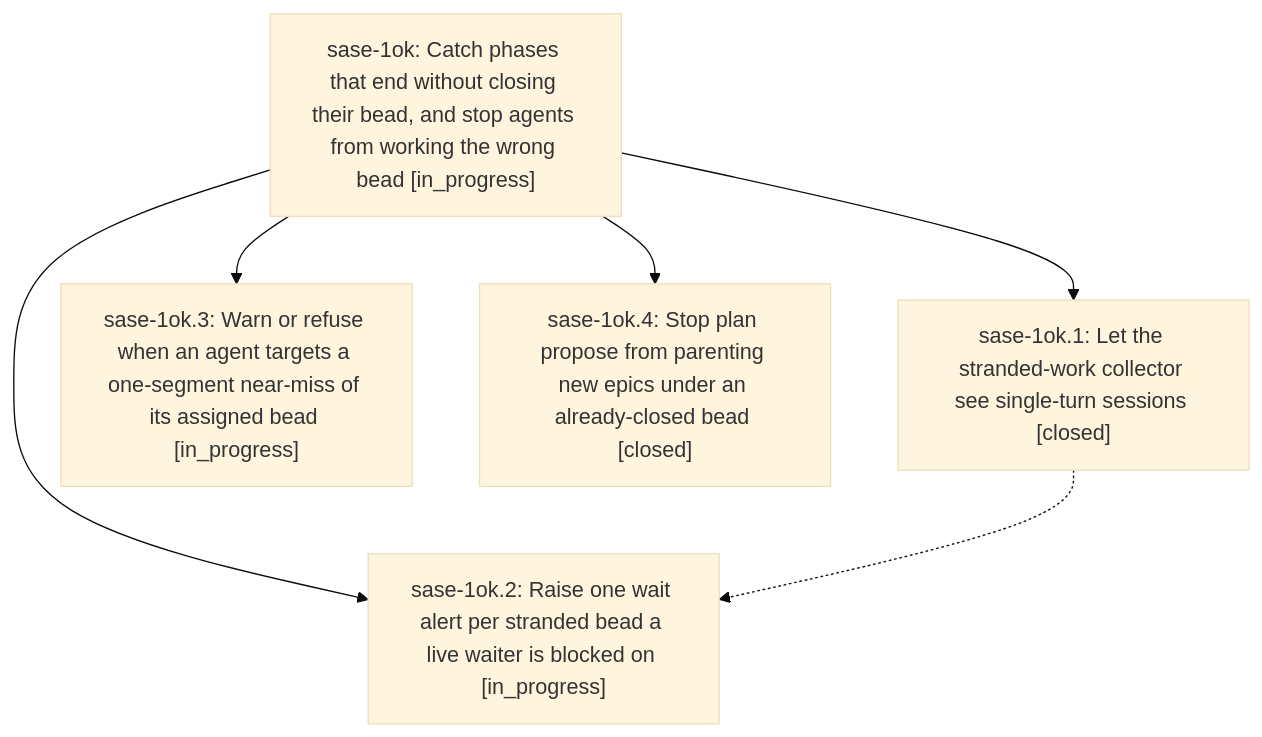
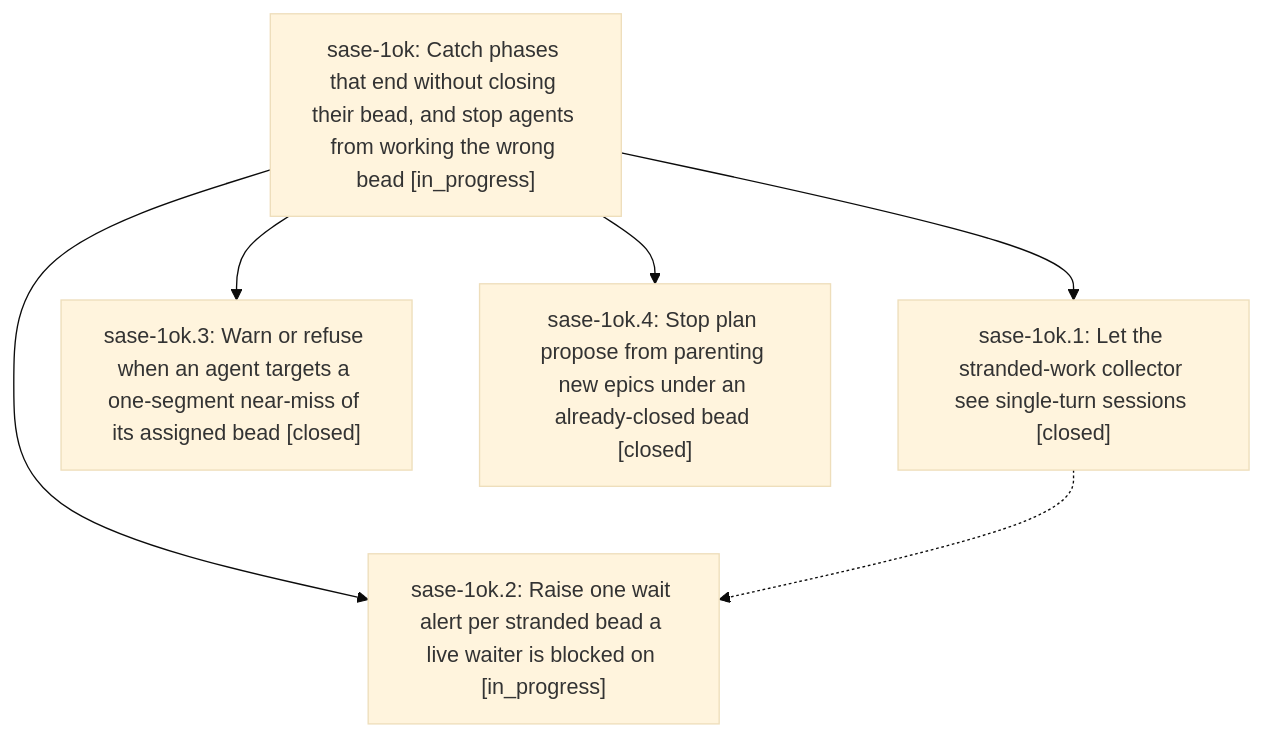
Before and after one commit to sase-org/sase--beads: the diagram in pages/sase-1ok/README.md, drawn with Mermaid (base theme). The commit also changed other lines of this file and 2 other files, not shown here.

First line of the commit message:
chore(beads): sync bead state and pages for sase-1ok

````diff
--- a/pages/sase-1ok/README.md
+++ b/pages/sase-1ok/README.md
@@ -39,13 +39,13 @@
 ```mermaid
 flowchart TD
     n0["sase-1ok: Catch phases that end without closing their bead, and stop agents from working the wrong bead [in_progress]"]
     n1["sase-1ok.1: Let the stranded-work collector see single-turn sessions [closed]"]
     n2["sase-1ok.2: Raise one wait alert per stranded bead a live waiter is blocked on [in_progress]"]
-    n3["sase-1ok.3: Warn or refuse when an agent targets a one-segment near-miss of its assigned bead [in_progress]"]
+    n3["sase-1ok.3: Warn or refuse when an agent targets a one-segment near-miss of its assigned bead [closed]"]
     n4["sase-1ok.4: Stop plan propose from parenting new epics under an already-closed bead [closed]"]
     n0 --> n1
     n0 --> n2
     n0 --> n3
     n0 --> n4
     n1 -.-> n2
 ```
````
